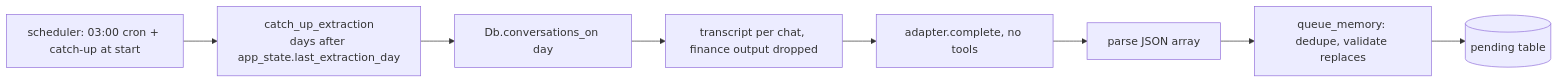
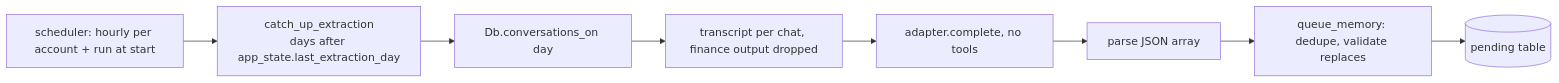
Before and after one commit to sarathkumar365/Ka: the diagram in context/flows/nightly-extraction.md, drawn with Mermaid. The commit also changed other lines of this file and 88 other files, not shown here.

````diff
--- a/context/flows/nightly-extraction.md
+++ b/context/flows/nightly-extraction.md
@@ -5,10 +5,10 @@
 ```mermaid
 flowchart LR
-    S[scheduler: 03:00 cron + catch-up at start] --> C[catch_up_extraction<br/>days after app_state.last_extraction_day]
+    S[scheduler: hourly per account + run at start] --> C[catch_up_extraction<br/>days after app_state.last_extraction_day]
     C --> D
     D[Db.conversations_on day] --> T[transcript per chat, finance output dropped]
     T --> M[adapter.complete, no tools]
     M --> J[parse JSON array]
     J --> Q[queue_memory: dedupe, validate replaces]
     Q --> P[(pending table)]
 ```
````
